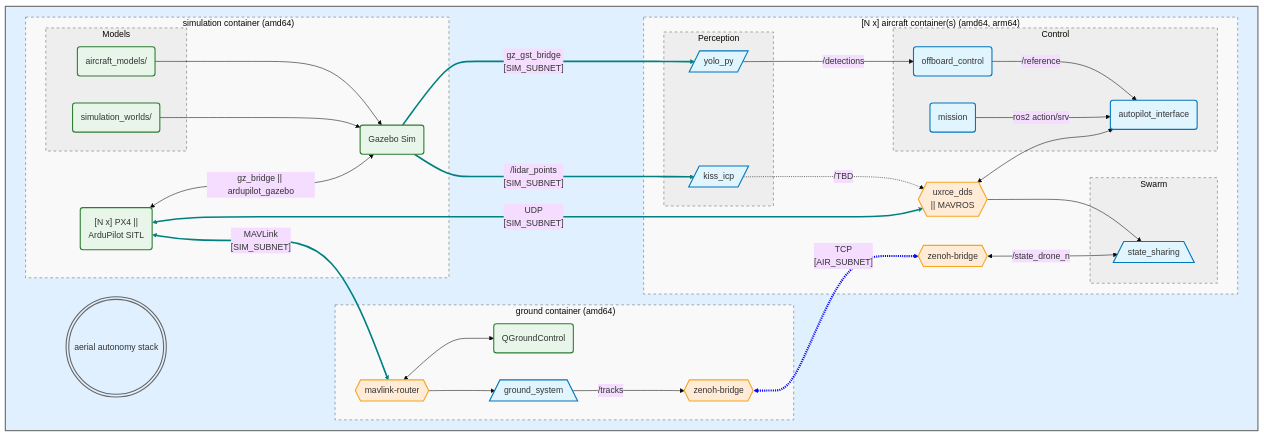
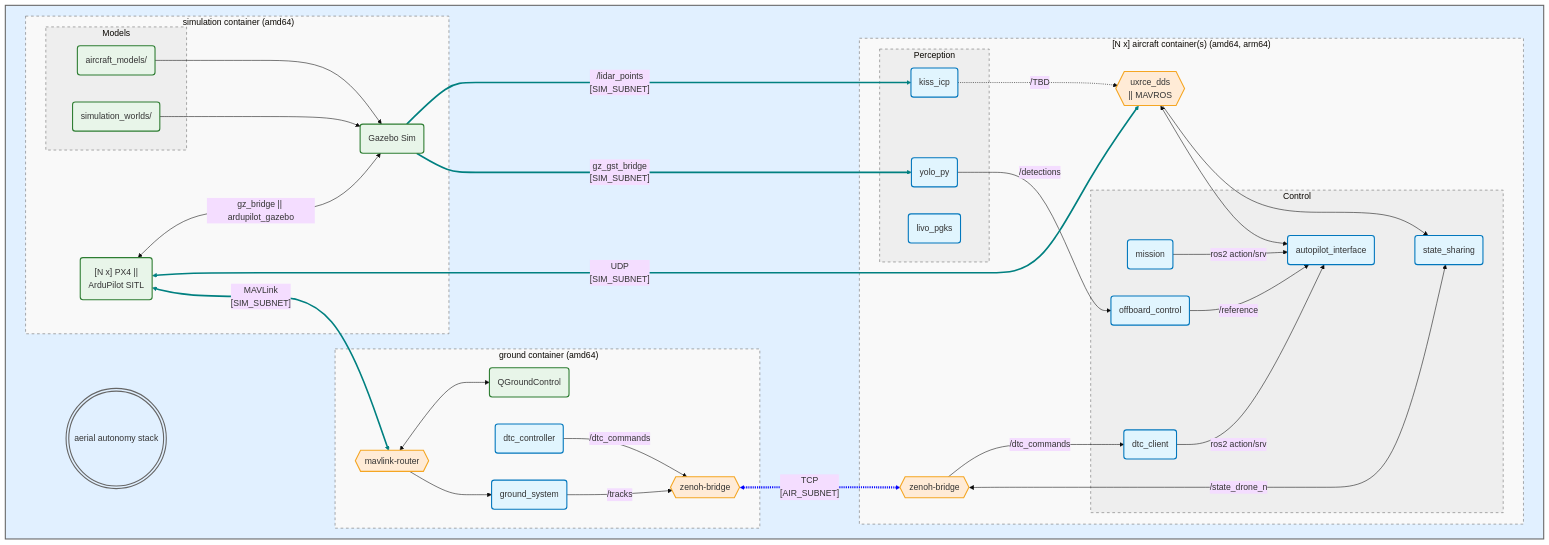
One commit to JacopoPan/aerial-autonomy-stack changed the diagram in README.md. Above: the diagram before and after it, drawn with Mermaid.

Commit message:
updated diagram

````diff
--- a/README.md
+++ b/README.md
@@ -312,76 +312,81 @@
 ```mermaid
 %%{init: {'theme': 'base', 'themeVariables': { 'fontFamily': 'monospace'}}}%%
 flowchart TB
     subgraph aas [" "]
         subgraph sim ["#nbsp;simulation#nbsp;container#nbsp;(amd64)"]
             sitl("[N x] PX4 || <br/> ArduPilot SITL"):::resource
             gz(Gazebo Sim):::resource
             subgraph models [Models]
                 drones(aircraft_models/):::resource
                 worlds(simulation_worlds/):::resource
             end
 
             drones --> gz
             worlds --> gz
             sitl <--> |"gz_bridge || ardupilot_gazebo"| gz
         end
 
         subgraph gnd ["#nbsp;ground#nbsp;container#nbsp;(amd64)"]
             mlrouter{{mavlink-router}}:::bridge
-            ground_system[/ground_system\]:::algo
+            ground_system(ground_system):::algo
+            dtc_controller(dtc_controller):::algo
             qgc(QGroundControl):::resource
             zenoh_gnd{{zenoh-bridge}}:::bridge
 
             ground_system --> |"/tracks"| zenoh_gnd
+            dtc_controller --> |"/dtc_commands"| zenoh_gnd
             mlrouter <--> qgc
             mlrouter --> ground_system
         end
 
         subgraph air ["[N#nbsp;x]#nbsp;aircraft#nbsp;container(s)#nbsp;(amd64,#nbsp;arm64)"]
             subgraph perception [Perception]
-                yolo_py[/yolo_py/]:::algo
-                kiss_icp[/kiss_icp/]:::algo
+                yolo_py(yolo_py):::algo
+                kiss_icp(kiss_icp):::algo
+                livo_pkgs(livo_pgks):::algo
             end
+            zenoh_air{{zenoh-bridge}}:::bridge
             subgraph control [Control]
+                mission(mission):::algo
+                dtc_client(dtc_client):::algo
                 offboard_control(offboard_control):::algo
                 autopilot_interface(autopilot_interface):::algo
-                mission(mission):::algo
+                state_sharing(state_sharing):::algo
             end
             ap_link{{"uxrce_dds <br/> || MAVROS"}}:::bridge
-            subgraph swarm [Swarm]
-                state_sharing[/state_sharing\]:::algo
-            end
-            zenoh_air{{zenoh-bridge}}:::bridge
 
+            zenoh_air --> |"/dtc_commands"| dtc_client
             kiss_icp -.-> |"/TBD"| ap_link
+            ap_link --> state_sharing
             ap_link <--> autopilot_interface
-            ap_link --> state_sharing
             yolo_py --> |"/detections"| offboard_control
             offboard_control --> |"/reference"| autopilot_interface
             mission --> |"ros2 action/srv"| autopilot_interface
+            dtc_client --> |"ros2 action/srv"| autopilot_interface
             zenoh_air <--> |"/state_drone_n"| state_sharing
         end
 
         repo(((aerial#nbsp;autonomy#nbsp;stack)))
     end
 
     repo ~~~ gz
+    autopilot_interface ~~~ state_sharing
+    gz --> |"/lidar_points <br/> [SIM_SUBNET]"| kiss_icp
     gz --> |"gz_gst_bridge <br/> [SIM_SUBNET]"| yolo_py
-    gz --> |"/lidar_points <br/> [SIM_SUBNET]"| kiss_icp
     sitl <--> |"UDP <br/> [SIM_SUBNET]"| ap_link
     sitl <--> |"MAVLink <br/> [SIM_SUBNET]"| mlrouter 
     zenoh_gnd <-.-> |"TCP <br/> [AIR_SUBNET]"| zenoh_air
 
     classDef bridge fill:#ffebd6,stroke:#f5a623,stroke-width:2px;
     classDef algo fill:#e1f5fe,stroke:#0277bd,stroke-width:2px;
     classDef resource fill:#e8f5e9,stroke:#2e7d32,stroke-width:2px;
     classDef blueStyle  fill:#e1f0ff,stroke:#666,stroke-width:2px;
     classDef whiteStyle fill:#f9f9f9,stroke:#666,stroke-width:1px,stroke-dasharray: 5 5;
     classDef greyStyle  fill:#eeeeee,stroke:#666,stroke-width:1px,stroke-dasharray: 5 5;
 
     class aas,repo blueStyle;
     class air,gnd,sim whiteStyle;
-    class perception,control,models,swarm greyStyle;
-    linkStyle 14,15,16,17 stroke:teal,stroke-width:3px;
-    linkStyle 18 stroke:blue,stroke-width:4px;
+    class perception,control,models greyStyle;
+    linkStyle 18,19,20,21 stroke:teal,stroke-width:3px;
+    linkStyle 22 stroke:blue,stroke-width:4px;
 ```
````
